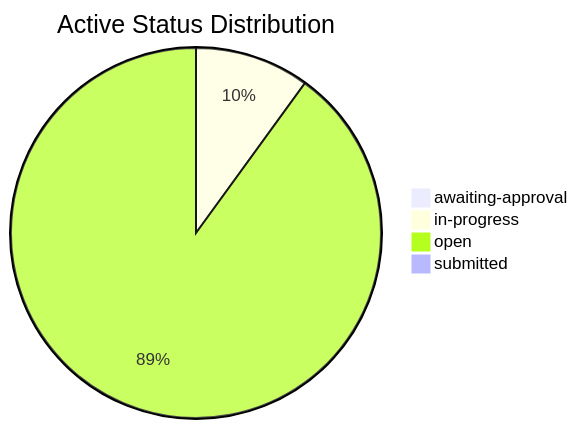
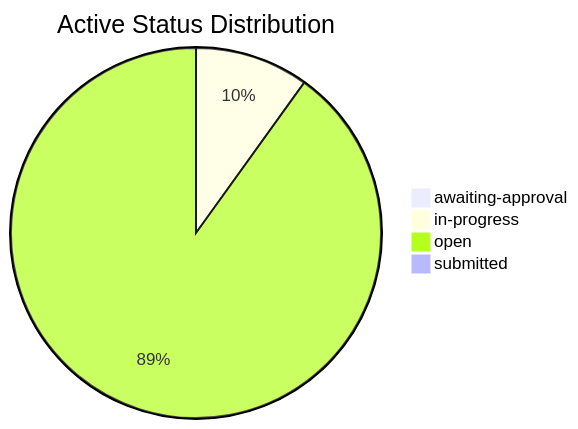
One commit to mgosal/5et.uk changed the second of 3 diagrams in dashboard.md. Above: the diagram before and after it, drawn with Mermaid. The commit also changed other lines of this file and 6 other files, not shown here.

````diff
--- a/dashboard.md
+++ b/dashboard.md
@@ -137,7 +141,7 @@
 ```mermaid
 pie title Active Status Distribution
     "awaiting-approval" : 1
     "in-progress" : 13
-    "open" : 117
+    "open" : 118
     "submitted" : 1
 ```
````
